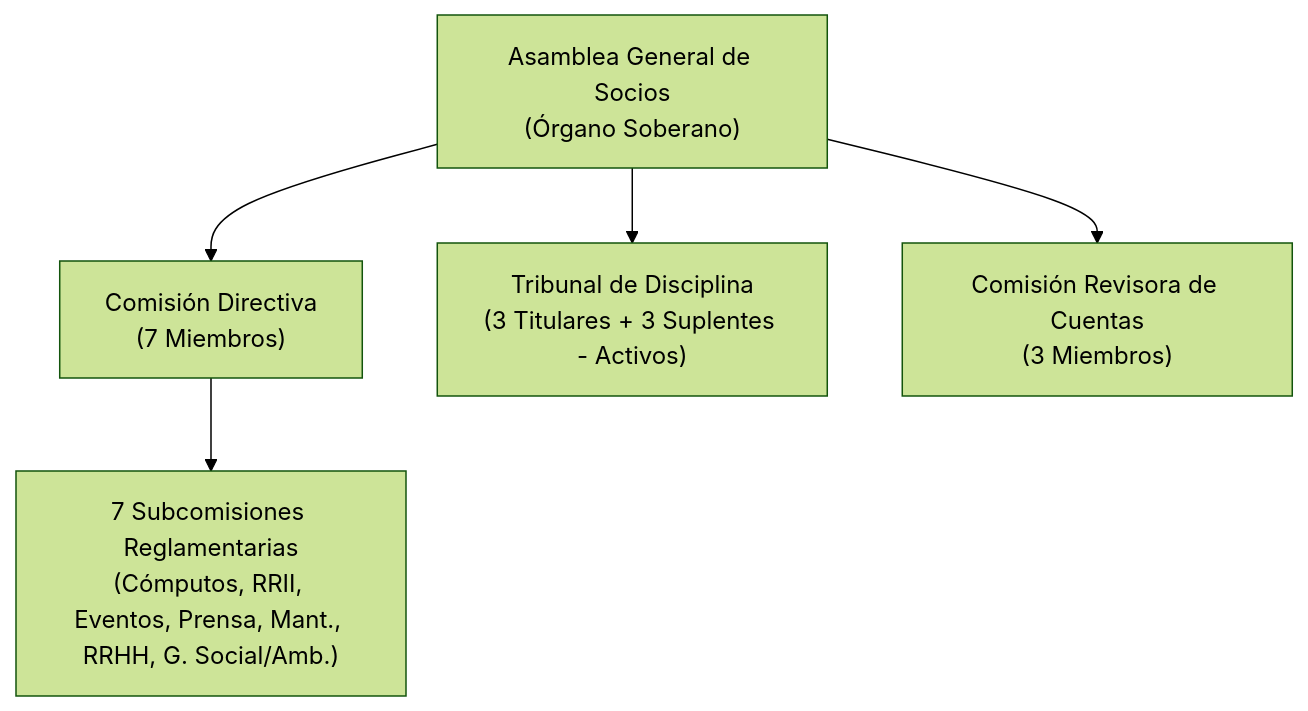
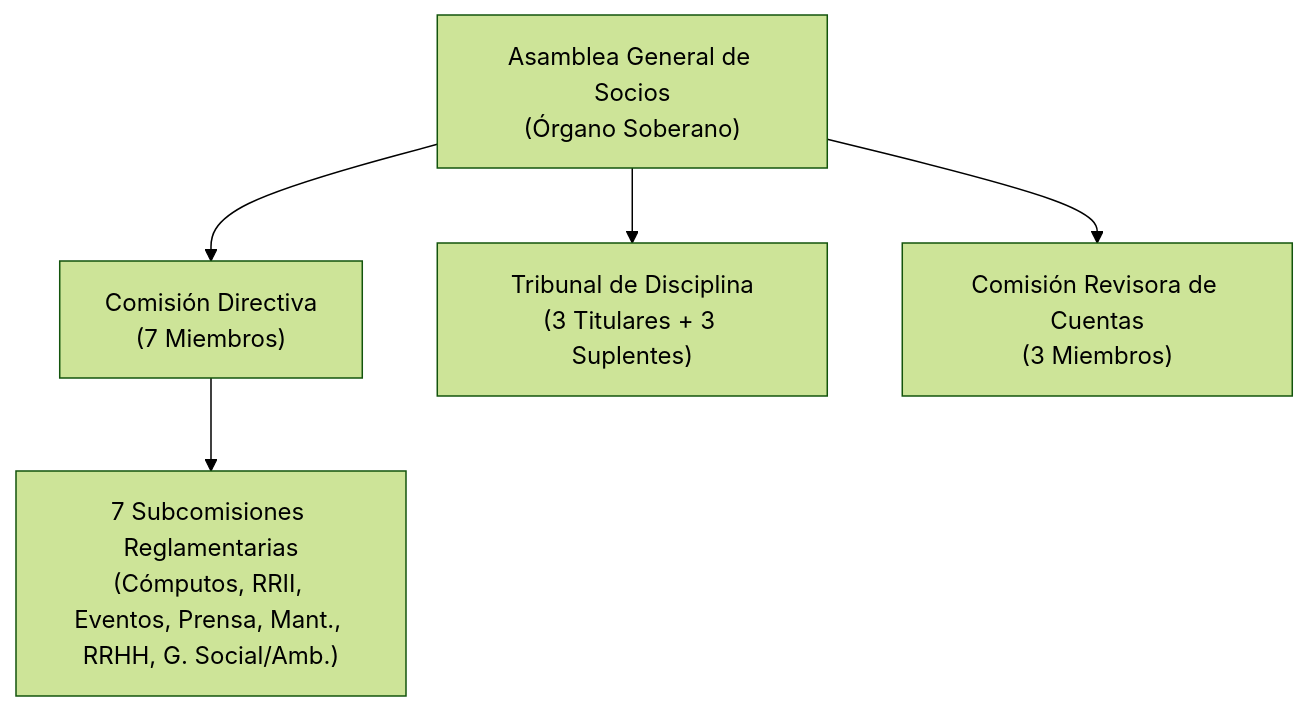
The first of 2 diagrams in README.md (MartinG94/seminario-integrador), drawn with Mermaid (forest theme) before and after one commit. The commit also changed other lines of this file and 154 other files, not shown here.

````diff
--- a/README.md
+++ b/README.md
@@ -59,13 +59,13 @@
 ```mermaid
 flowchart TD
     AG["Asamblea General de Socios\n(Órgano Soberano)"]
     CD["Comisión Directiva\n(7 Miembros)"]
-    TD["Tribunal de Disciplina\n(3 Titulares + 3 Suplentes - Activos)"]
+    TD["Tribunal de Disciplina\n(3 Titulares + 3 Suplentes)"]
     CR["Comisión Revisora de Cuentas\n(3 Miembros)"]
     SUB["7 Subcomisiones Reglamentarias\n(Cómputos, RRII, Eventos, Prensa, Mant., RRHH, G. Social/Amb.)"]
     
     AG --> CD
     AG --> TD
     AG --> CR
     CD --> SUB
 ```
````
